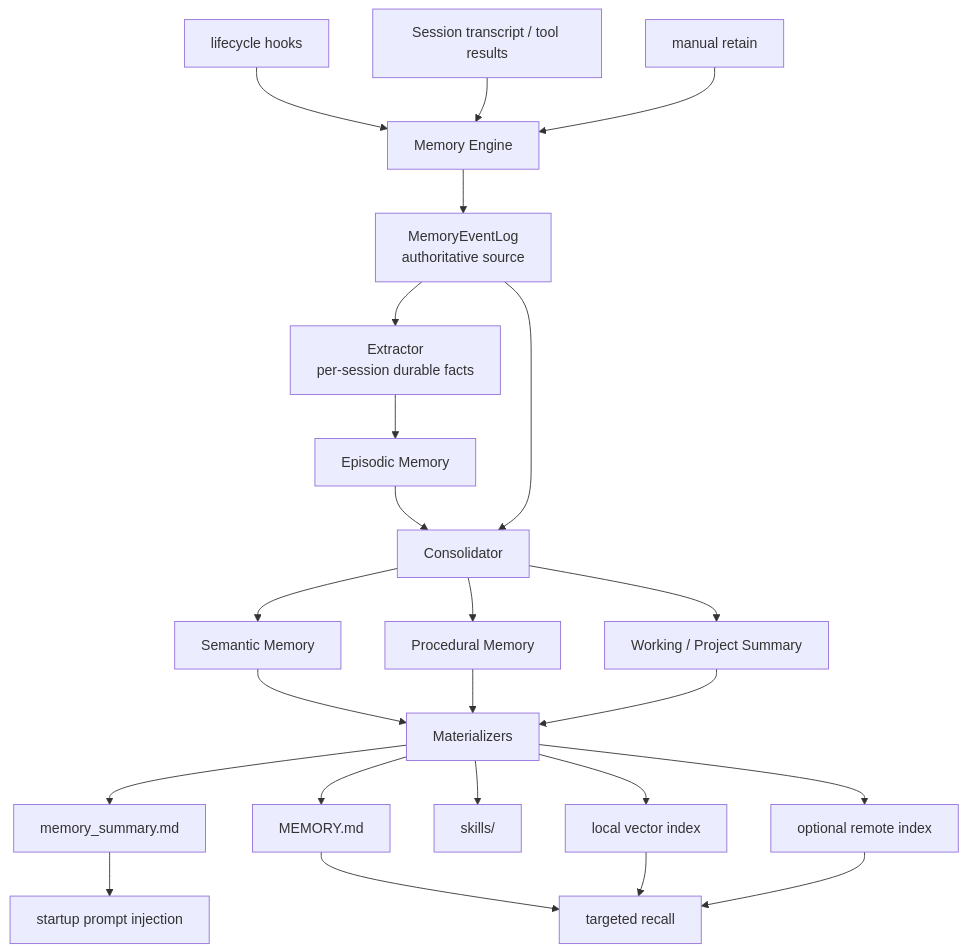
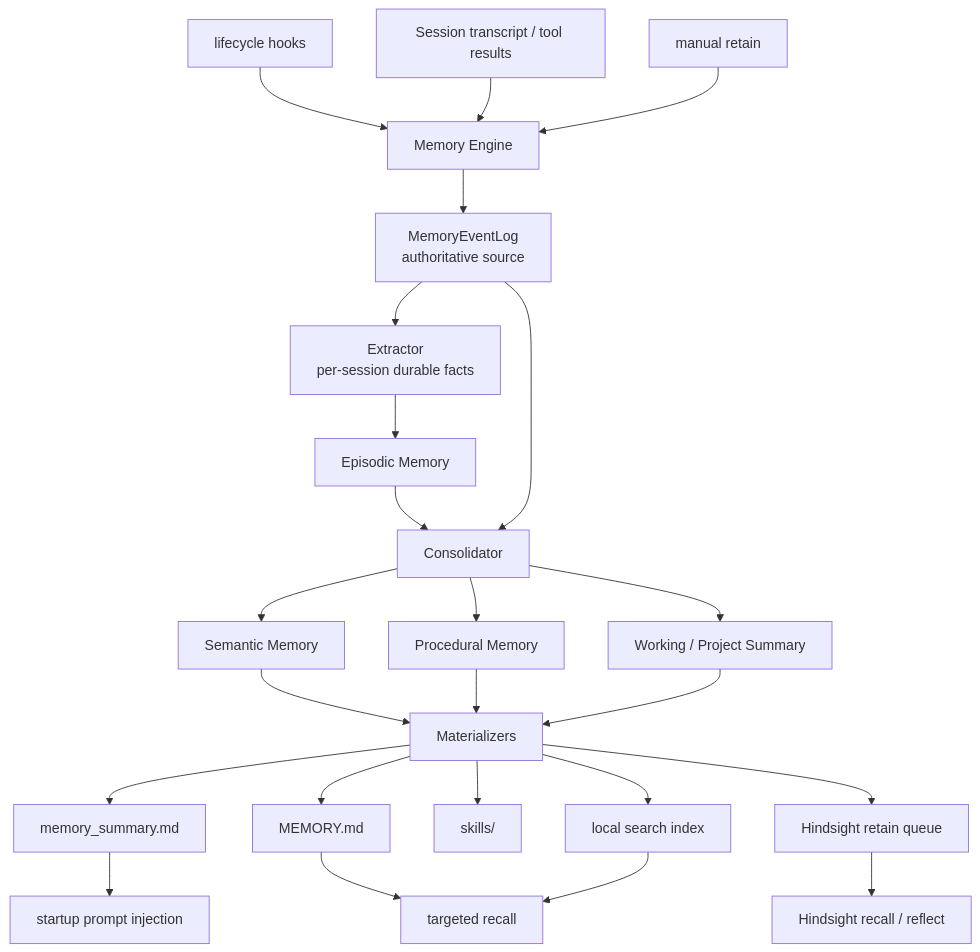
The first of 3 diagrams in docs/memory-engine-design.md (meimingqi222/crush-fork), drawn with Mermaid before and after one commit. The commit also changed other lines of this file and 31 other files, not shown here.

````diff
--- a/docs/memory-engine-design.md
+++ b/docs/memory-engine-design.md
@@ -65,35 +70,35 @@
 ```mermaid
 flowchart TD
     Transcript["Session transcript / tool results"]
     Manual["manual retain"]
     Hooks["lifecycle hooks"]
 
     Hooks --> Engine["Memory Engine"]
     Transcript --> Engine
     Manual --> Engine
 
     Engine --> EventLog["MemoryEventLog<br/>authoritative source"]
     EventLog --> Extractor["Extractor<br/>per-session durable facts"]
     Extractor --> Episodic["Episodic Memory"]
     Episodic --> Consolidator["Consolidator"]
     EventLog --> Consolidator
 
     Consolidator --> Semantic["Semantic Memory"]
     Consolidator --> Procedural["Procedural Memory"]
     Consolidator --> WorkingSummary["Working / Project Summary"]
 
     Semantic --> Materializers["Materializers"]
     Procedural --> Materializers
     WorkingSummary --> Materializers
 
     Materializers --> Summary["memory_summary.md"]
     Materializers --> MemoryMD["MEMORY.md"]
     Materializers --> Skills["skills/"]
-    Materializers --> LocalIndex["local vector index"]
-    Materializers --> RemoteIndex["optional remote index"]
+    Materializers --> LocalIndex["local search index"]
+    Materializers --> Hindsight["Hindsight retain queue"]
 
     Summary --> Prompt["startup prompt injection"]
     MemoryMD --> Recall["targeted recall"]
     LocalIndex --> Recall
-    RemoteIndex --> Recall
+    Hindsight --> RemoteRecall["Hindsight recall / reflect"]
 ```
````
